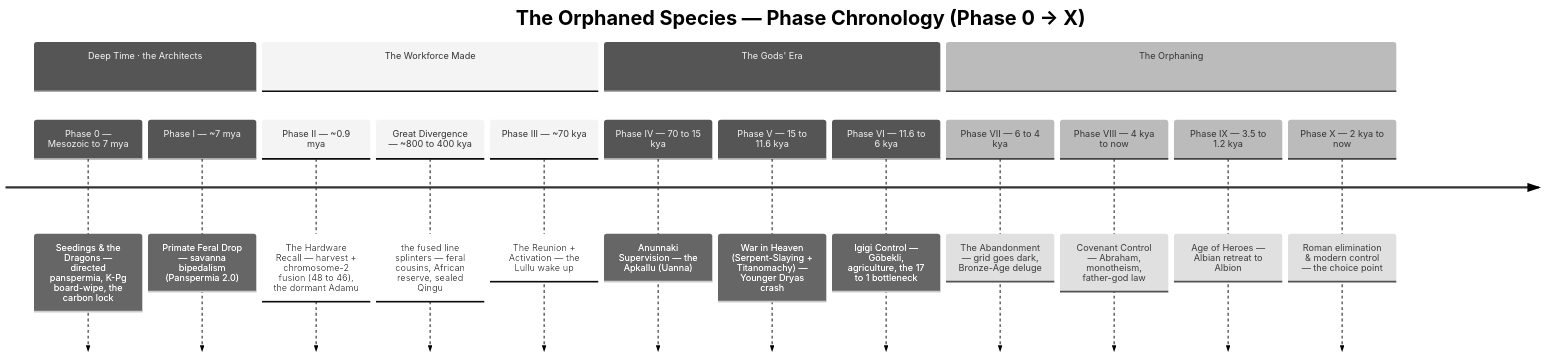
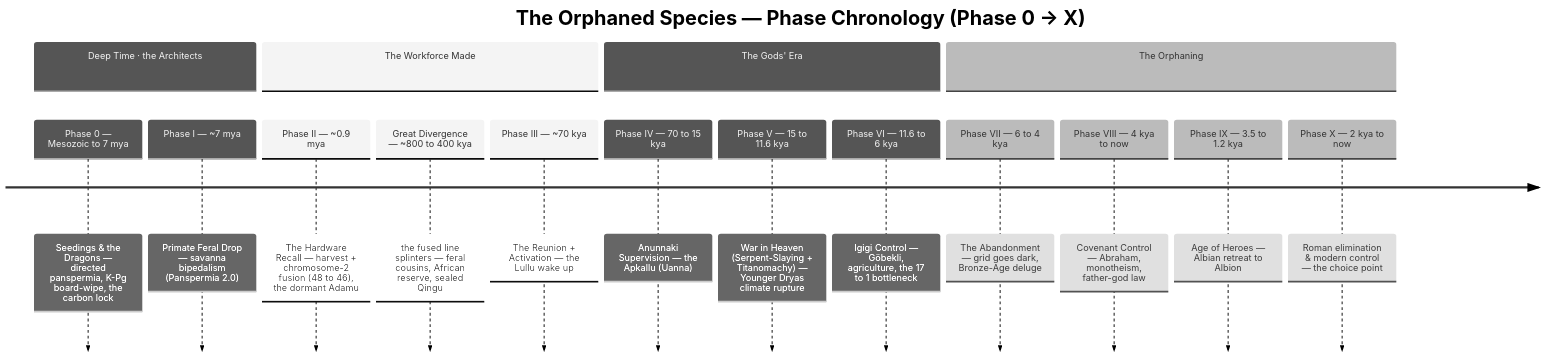
The second of 2 diagrams in 00_MASTER_TIMELINE.md (DoctorKhan/The-Orphaned-Species), drawn with Mermaid (neutral theme) before and after one commit. The commit also changed other lines of this file and 4 other files, not shown here.

````diff
--- a/00_MASTER_TIMELINE.md
+++ b/00_MASTER_TIMELINE.md
@@ -475,20 +475,20 @@
 ```mermaid
 timeline
     title The Orphaned Species — Phase Chronology (Phase 0 → X)
     section Deep Time · the Architects
         Phase 0 — Mesozoic to 7 mya : Seedings & the Dragons — directed panspermia, K-Pg board-wipe, the carbon lock
         Phase I — ~7 mya : Primate Feral Drop — savanna bipedalism (Panspermia 2.0)
     section The Workforce Made
         Phase II — ~0.9 mya : The Hardware Recall — harvest + chromosome-2 fusion (48 to 46), the dormant Adamu
         Great Divergence — ~800 to 400 kya : the fused line splinters — feral cousins, African reserve, sealed Qingu
         Phase III — ~70 kya : The Reunion + Activation — the Lullu wake up
     section The Gods' Era
         Phase IV — 70 to 15 kya : Anunnaki Supervision — the Apkallu (Uanna)
-        Phase V — 15 to 11.6 kya : War in Heaven (Serpent-Slaying + Titanomachy) — Younger Dryas crash
+        Phase V — 15 to 11.6 kya : War in Heaven (Serpent-Slaying + Titanomachy) — Younger Dryas climate rupture
         Phase VI — 11.6 to 6 kya : Igigi Control — Göbekli, agriculture, the 17 to 1 bottleneck
     section The Orphaning
         Phase VII — 6 to 4 kya : The Abandonment — grid goes dark, Bronze-Age deluge
         Phase VIII — 4 kya to now : Covenant Control — Abraham, monotheism, father-god law
         Phase IX — 3.5 to 1.2 kya : Age of Heroes — Albian retreat to Albion
         Phase X — 2 kya to now : Roman elimination & modern control — the choice point
 ```
````
